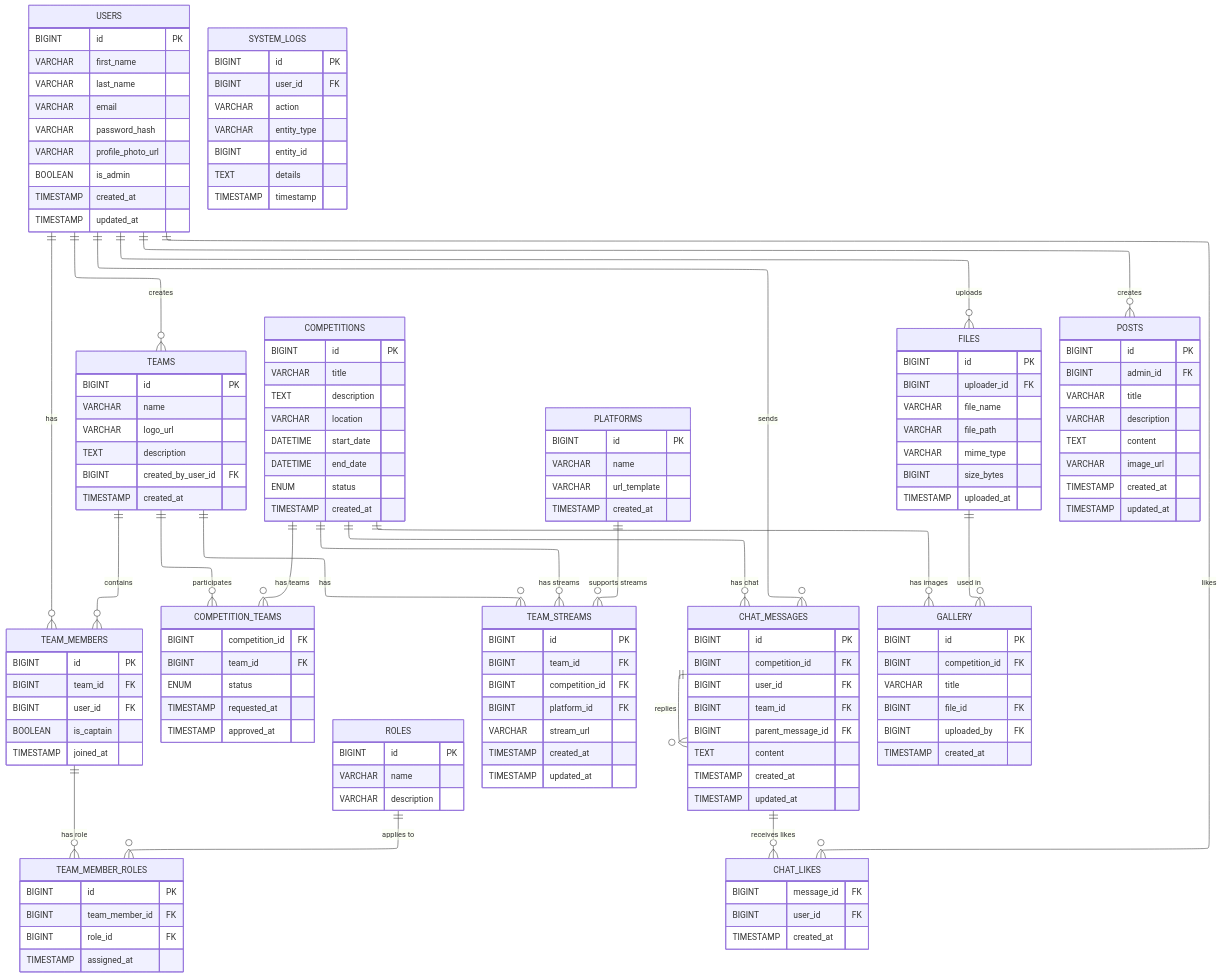
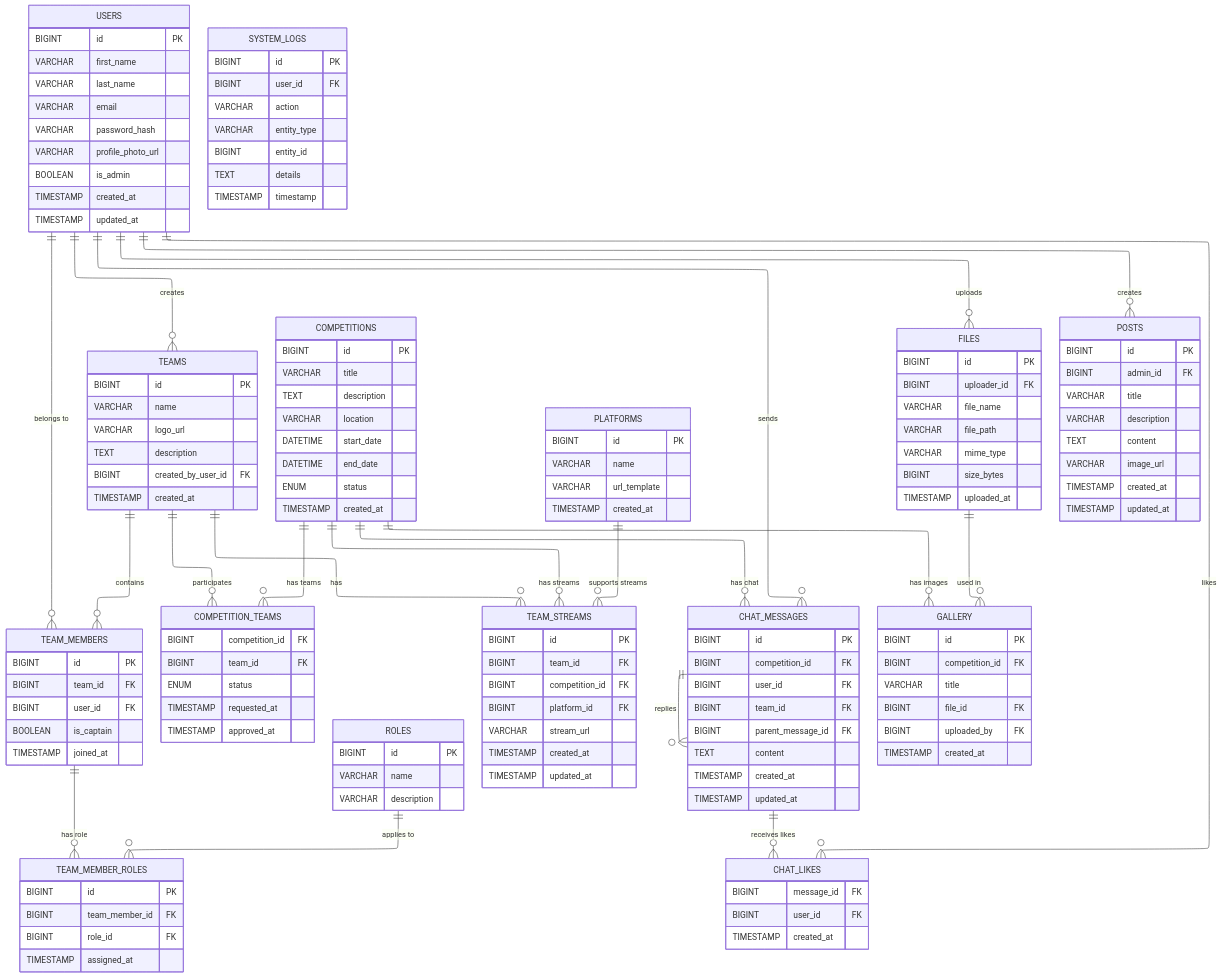
One commit to s-pl/RobEurope changed the diagram in README.md. Above: the diagram before and after it, drawn with Mermaid. The commit also changed 2 other files, not shown here.

Commit message:
change mermaid

```diff
--- a/README.md
+++ b/README.md
@@ -138,7 +138,7 @@
         TEXT details
         TIMESTAMP timestamp
     }
-    USERS ||--o{ TEAM_MEMBERS : "has"
+    USERS ||--o{ TEAM_MEMBERS : "belongs to"
     USERS ||--o{ CHAT_MESSAGES : "sends"
     USERS ||--o{ CHAT_LIKES : "likes"
     USERS ||--o{ FILES : "uploads"
```
